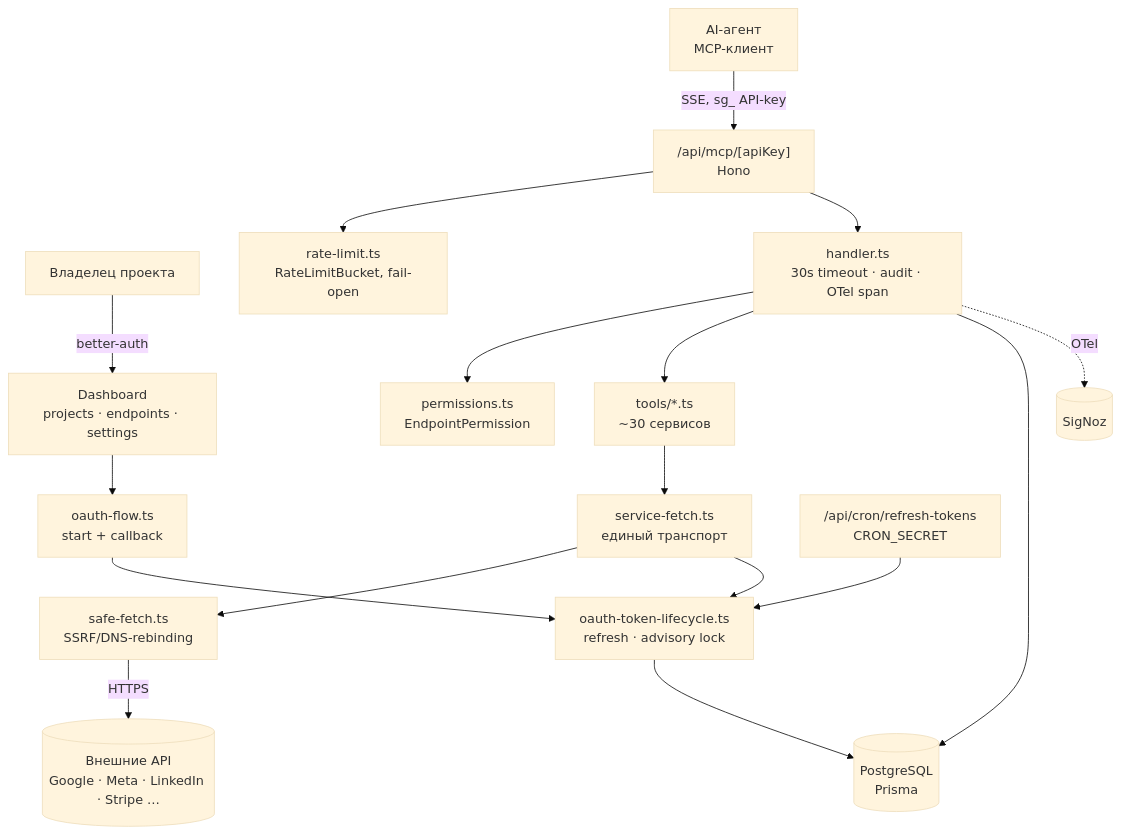
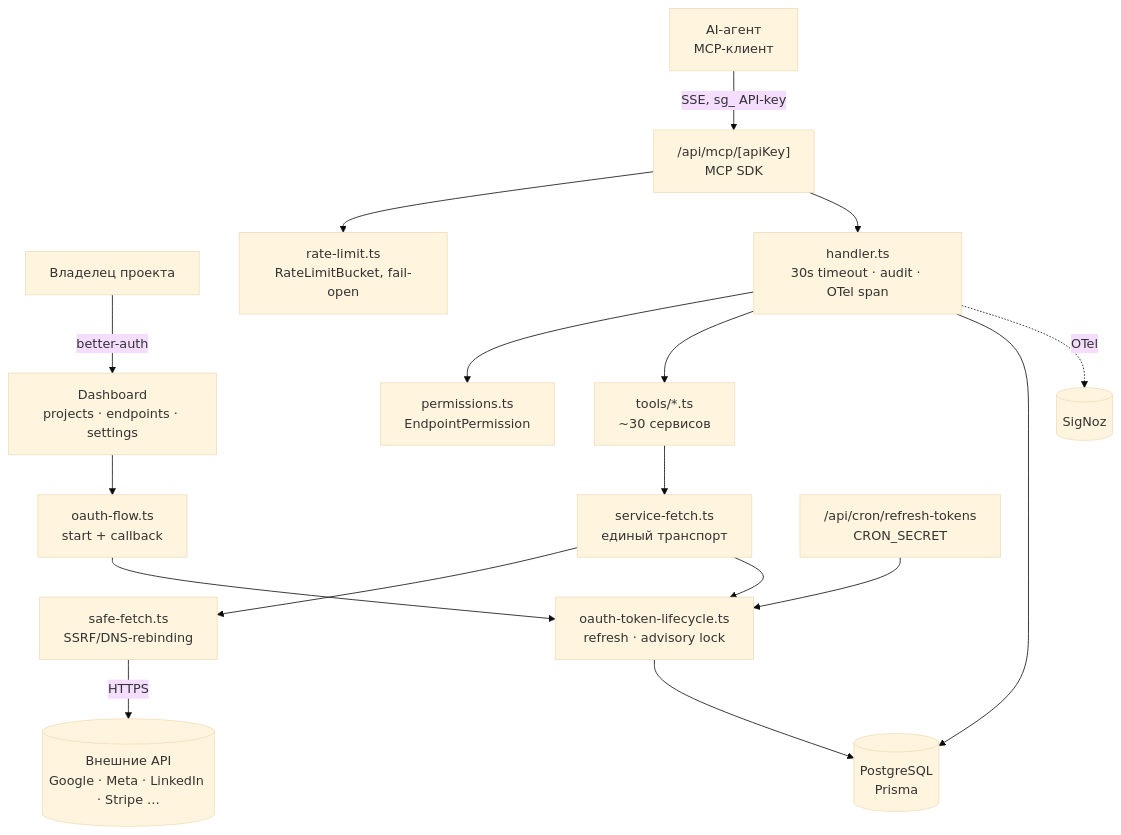
Before and after one commit to alifanov/scopegate: the diagram in docs/state/arch.md, drawn with Mermaid (base theme). The commit also changed other lines of this file and 5 other files, not shown here.

````diff
--- a/docs/state/arch.md
+++ b/docs/state/arch.md
@@ -7,21 +7,21 @@
 ```mermaid
 flowchart TB
-  Agent[AI-агент<br/>MCP-клиент] -->|SSE, sg_ API-key| MCP["/api/mcp/[apiKey]<br/>Hono"]
+  Agent[AI-агент<br/>MCP-клиент] -->|SSE, sg_ API-key| MCP["/api/mcp/[apiKey]<br/>MCP SDK"]
   User[Владелец проекта] -->|better-auth| Dash[Dashboard<br/>projects · endpoints · settings]
 
   MCP --> RL[rate-limit.ts<br/>RateLimitBucket, fail-open]
   MCP --> H[handler.ts<br/>30s timeout · audit · OTel span]
   H --> P[permissions.ts<br/>EndpointPermission]
   H --> T[tools/*.ts<br/>~30 сервисов]
   T --> SF[service-fetch.ts<br/>единый транспорт]
   SF --> Safe[safe-fetch.ts<br/>SSRF/DNS-rebinding]
   SF --> TL[oauth-token-lifecycle.ts<br/>refresh · advisory lock]
   Safe -->|HTTPS| Ext[(Внешние API<br/>Google · Meta · LinkedIn · Stripe …)]
 
   Dash --> OA[oauth-flow.ts<br/>start + callback]
   OA --> TL
   TL --> DB[(PostgreSQL<br/>Prisma)]
   H --> DB
   Cron["/api/cron/refresh-tokens<br/>CRON_SECRET"] --> TL
   H -.OTel.-> SigNoz[(SigNoz)]
 ```
````
